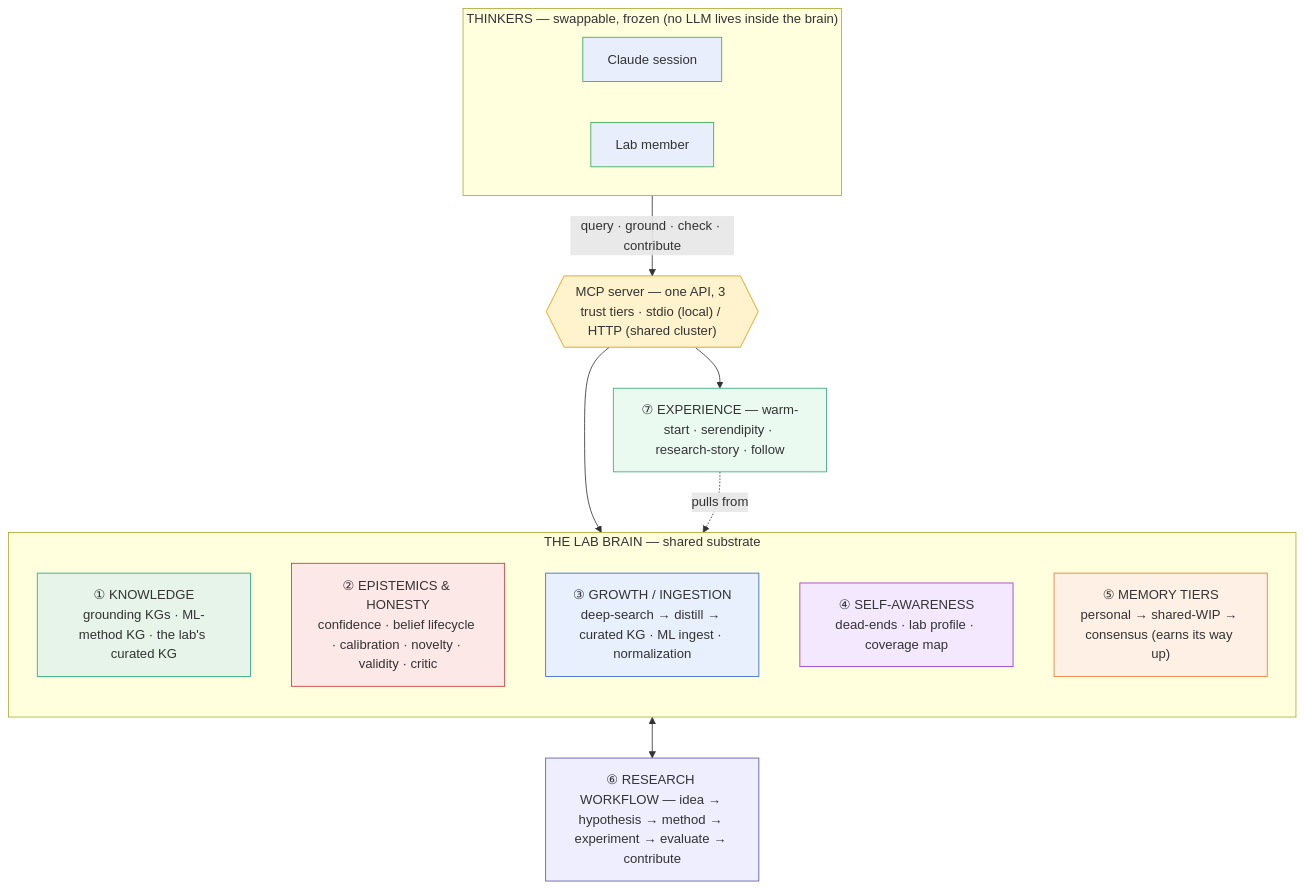
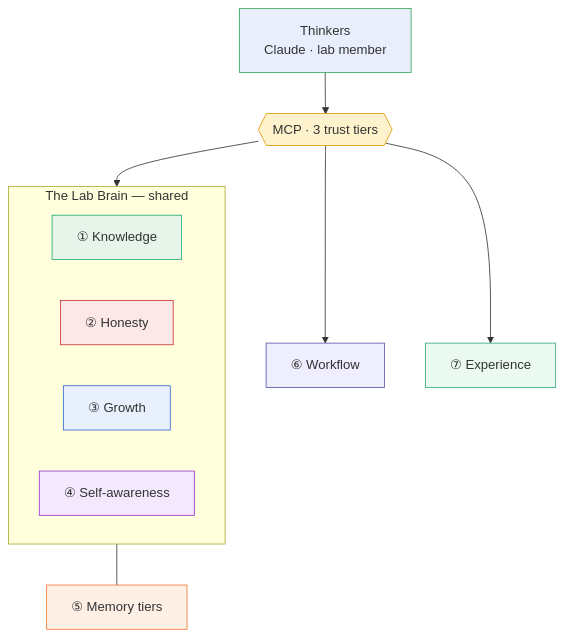
One commit to jamisonhburks/lab_tracker changed the diagram in docs/diagrams/01-parent-diagram-the-opening-slide.mmd. Above: the diagram before and after it, drawn with Mermaid. The commit also changed 23 other files, not shown here.

First line of the commit message:
docs: simplify slide diagrams — short glanceable labels (#69)

```diff
--- a/docs/diagrams/01-parent-diagram-the-opening-slide.mmd
+++ b/docs/diagrams/01-parent-diagram-the-opening-slide.mmd
@@ -1,36 +1,29 @@
 flowchart TB
-  subgraph TH["THINKERS — swappable, frozen (no LLM lives inside the brain)"]
+  TH["Thinkers<br/>Claude · lab member"]:::t
+  MCP{{"MCP · 3 trust tiers"}}:::api
+  subgraph BRAIN["The Lab Brain — shared"]
     direction LR
-    CL["Claude session"]:::t
-    LM["Lab member"]:::t
+    K["① Knowledge"]:::k
+    E["② Honesty"]:::e
+    G["③ Growth"]:::g
+    S["④ Self-awareness"]:::s
   end
+  M["⑤ Memory tiers"]:::m
+  W["⑥ Workflow"]:::w
+  X["⑦ Experience"]:::x
 
-  MCP{{"MCP server — one API, 3 trust tiers · stdio (local) / HTTP (shared cluster)"}}:::api
+  TH --> MCP
+  MCP --> BRAIN
+  BRAIN --- M
+  MCP --> W
+  MCP --> X
 
-  subgraph BRAIN["THE LAB BRAIN — shared substrate"]
-    direction TB
-    K["① KNOWLEDGE<br/>grounding KGs · ML-method KG · the lab's curated KG"]:::k
-    E["② EPISTEMICS &amp; HONESTY<br/>confidence · belief lifecycle · calibration · novelty · validity · critic"]:::e
-    G["③ GROWTH / INGESTION<br/>deep-search → distill → curated KG · ML ingest · normalization"]:::g
-    S["④ SELF-AWARENESS<br/>dead-ends · lab profile · coverage map"]:::s
-    M["⑤ MEMORY TIERS<br/>personal → shared-WIP → consensus (earns its way up)"]:::m
-  end
-
-  W["⑥ RESEARCH WORKFLOW — idea → hypothesis → method → experiment → evaluate → contribute"]:::w
-  X["⑦ EXPERIENCE — warm-start · serendipity · research-story · follow"]:::x
-
-  TH -->|"query · ground · check · contribute"| MCP
-  MCP --> BRAIN
-  BRAIN <--> W
-  MCP --> X
-  X -.->|"pulls from"| BRAIN
-
-  classDef t fill:#e8eefc,stroke:#3a5,stroke-width:1px;
+  classDef t fill:#e8eefc,stroke:#3a5;
   classDef api fill:#fff3cd,stroke:#d90;
   classDef k fill:#e6f4ea,stroke:#2a7;
   classDef e fill:#fde8e8,stroke:#c33;
   classDef g fill:#e8f0fe,stroke:#36c;
   classDef s fill:#f3e8fd,stroke:#93c;
   classDef m fill:#fff0e6,stroke:#e73;
   classDef w fill:#eef,stroke:#55a;
   classDef x fill:#eafaf1,stroke:#3a7;
```
